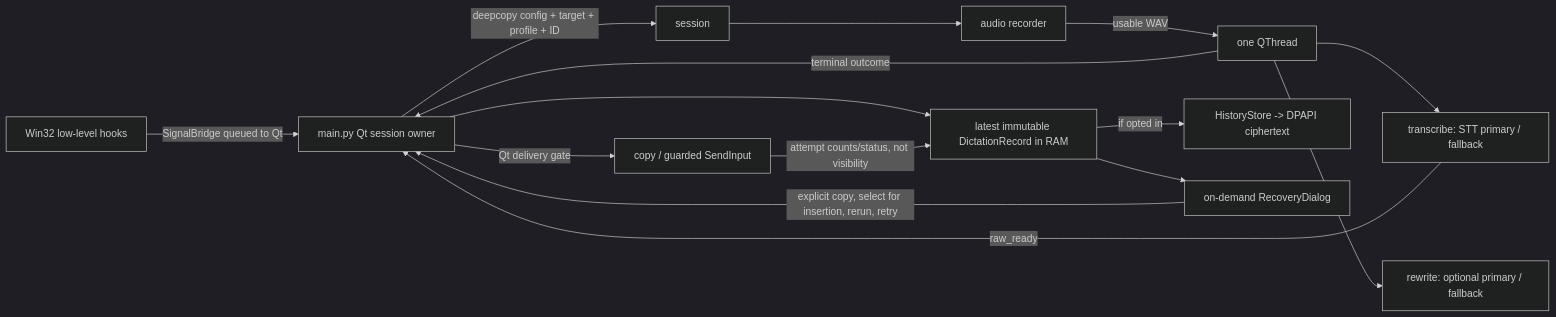
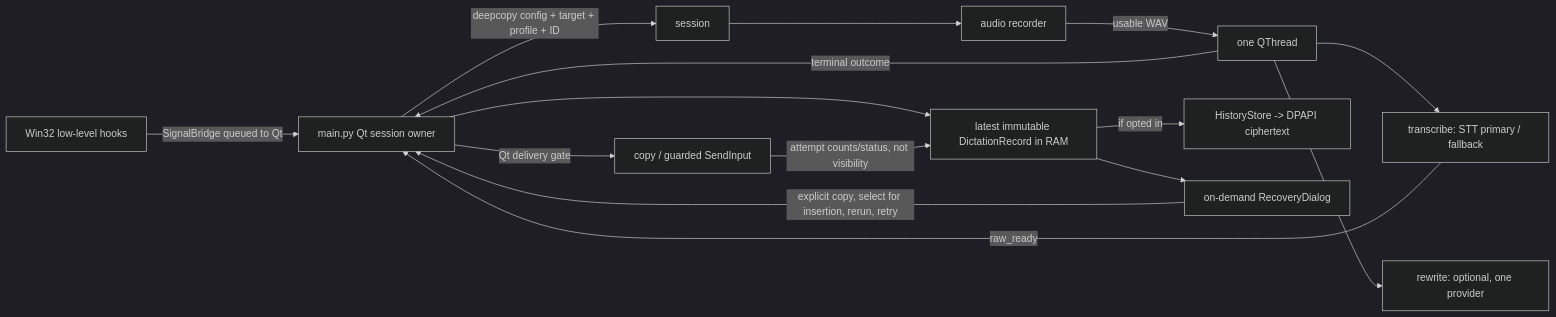
One commit to DavidHruby1/screamer changed the diagram in docs/IMPLEMENTATION.md. Above: the diagram before and after it, drawn with Mermaid (dark theme). The commit also changed other lines of this file and 28 other files, not shown here.

````diff
--- a/docs/IMPLEMENTATION.md
+++ b/docs/IMPLEMENTATION.md
@@ -777,17 +851,17 @@
 ```mermaid
 flowchart LR
     HK[Win32 low-level hooks] -->|SignalBridge queued to Qt| M[main.py Qt session owner]
     M -->|deepcopy config + target + profile + ID| S[session]
     S --> A[audio recorder]
     A -->|usable WAV| W[one QThread]
     W --> STT[transcribe: STT primary / fallback]
     STT -->|raw_ready| M
-    W --> RW[rewrite: optional primary / fallback]
+    W --> RW[rewrite: optional, one provider]
     W -->|terminal outcome| M
     M --> R[latest immutable DictationRecord in RAM]
     R -->|if opted in| HS[HistoryStore -> DPAPI ciphertext]
     M -->|Qt delivery gate| OUT[copy / guarded SendInput]
     OUT -->|attempt counts/status, not visibility| R
     R --> UI[on-demand RecoveryDialog]
     UI -->|explicit copy, select for insertion, rerun, retry| M
 ```
````
